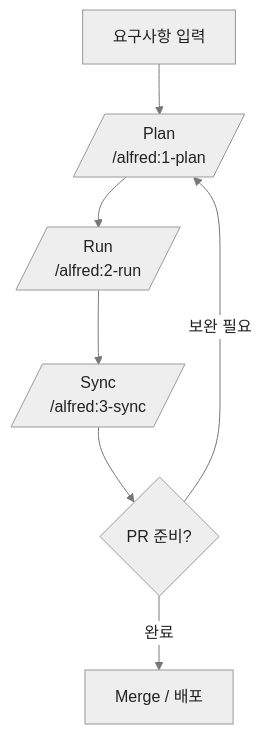
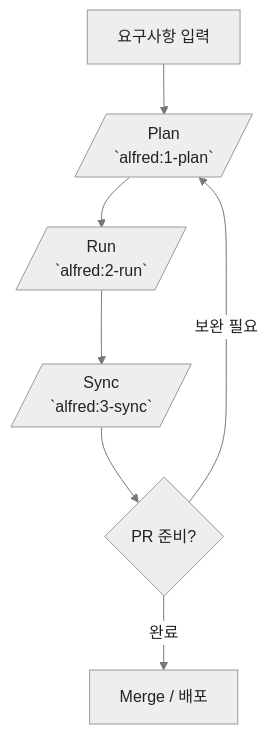
One commit to modu-ai/moai-adk changed the diagram in docs/pages/posts/plan-run-sync-workflow.mdx. Above: the diagram before and after it, drawn with Mermaid. The commit also changed other lines of this file and 62 other files, not shown here.

````diff
--- a/docs/pages/posts/plan-run-sync-workflow.mdx
+++ b/docs/pages/posts/plan-run-sync-workflow.mdx
@@ -17,10 +15,10 @@
 ```mermaid
 %%{init: {'theme':'neutral','themeVariables':{'primaryColor':'#f0f0f0','primaryBorderColor':'#999999','primaryTextColor':'#333333','secondaryColor':'#ffffff','lineColor':'#777777','textColor':'#222222'}}}%%
 graph TD
-    Start[요구사항 입력] --> Plan[/Plan<br/>/alfred:1-plan/]
-    Plan --> Run[/Run<br/>/alfred:2-run/]
-    Run --> Sync[/Sync<br/>/alfred:3-sync/]
+    Start[요구사항 입력] --> Plan[/Plan<br/>`alfred:1-plan`/]
+    Plan --> Run[/Run<br/>`alfred:2-run`/]
+    Run --> Sync[/Sync<br/>`alfred:3-sync`/]
     Sync --> Review{PR 준비?}
     Review -->|보완 필요| Plan
     Review -->|완료| Done[Merge / 배포]
 ```
````
